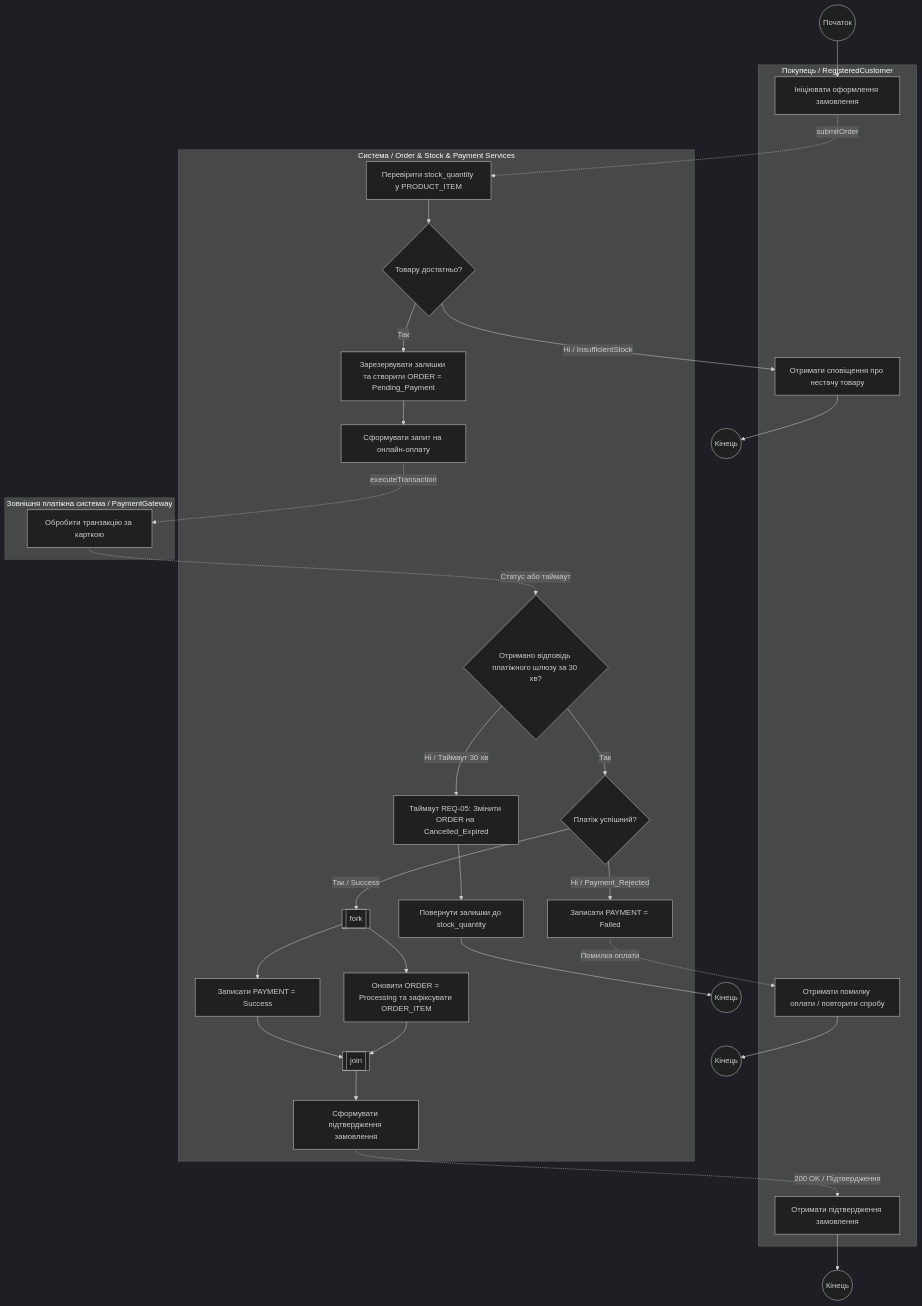
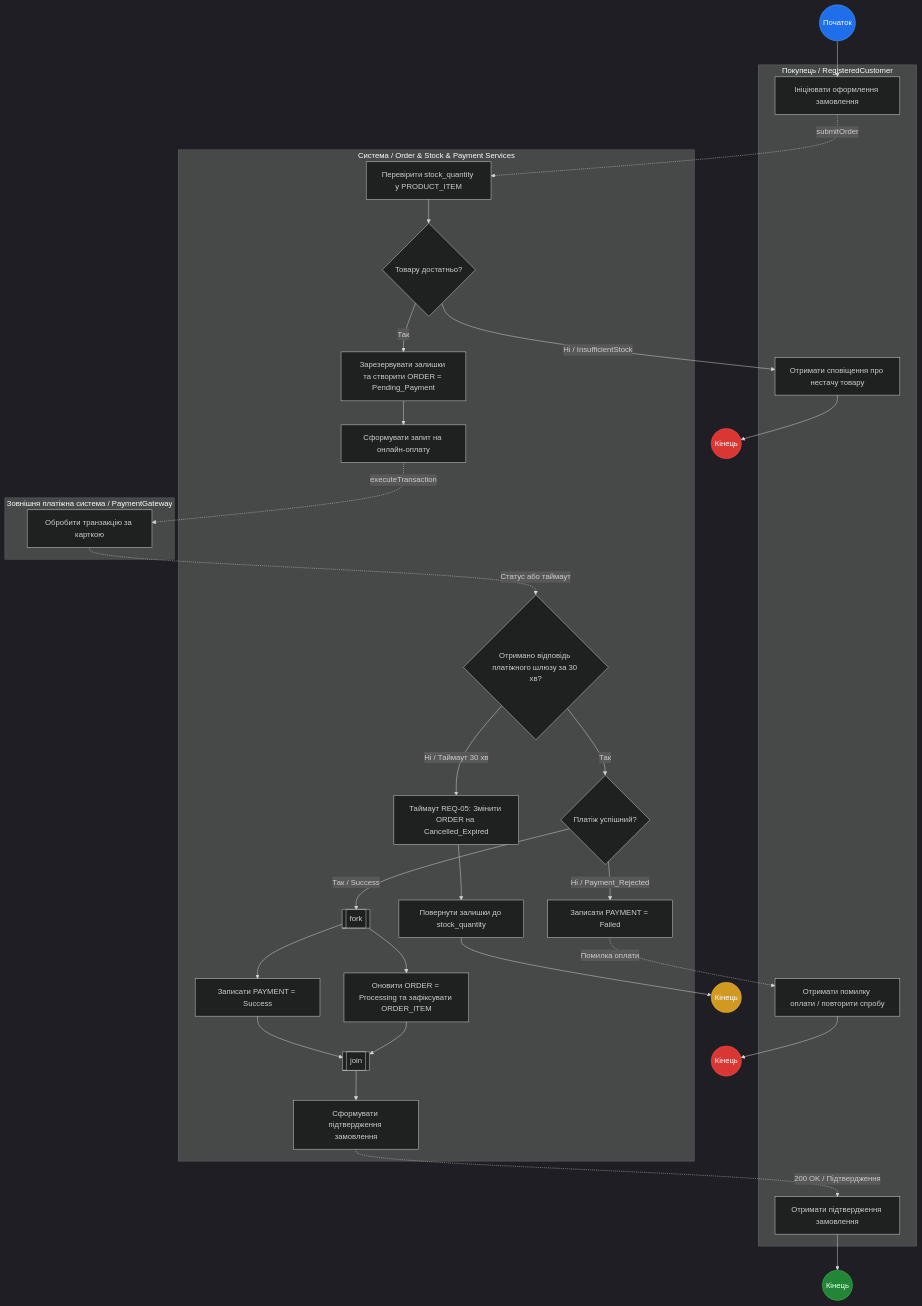
Before and after one commit to martagoricko-lang/requirements-modeling-labs: the diagram in lab4/process.mmd, drawn with Mermaid.

```diff
--- a/lab4/process.mmd
+++ b/lab4/process.mmd
@@ -1,68 +1,75 @@
 %%{init: {'theme': 'dark'}}%%
 flowchart TD
     %% Початковий вузол
     Start((Початок)) --> InitCheckout[Ініціювати оформлення замовлення]
 
     subgraph RegisteredCustomer [Покупець / RegisteredCustomer]
         InitCheckout
         FixCart[Отримати сповіщення про нестачу товару]
         RetryPay[Отримати помилку оплати / повторити спробу]
         GetConfirm[Отримати підтвердження замовлення]
     end
 
     subgraph System [Система / Order & Stock & Payment Services]
         CheckStock[Перевірити stock_quantity у PRODUCT_ITEM]
         IsStockOk{Товару достатньо?}
         ReserveAndCreate[Зарезервувати залишки та створити ORDER = Pending_Payment]
         SendPayReq[Сформувати запит на онлайн-оплату]
         WaitPay{Отримано відповідь платіжного шлюзу за 30 хв?}
         CancelTimeout[Таймаут REQ-05: Змінити ORDER на Cancelled_Expired]
         ReleaseStock[Повернути залишки до stock_quantity]
         IsPaySuccess{Платіж успішний?}
         SaveFailed[Записати PAYMENT = Failed]
         ForkSuccess[[fork]]
         SavePayment[Записати PAYMENT = Success]
         UpdateOrder[Оновити ORDER = Processing та зафіксувати ORDER_ITEM]
         JoinSuccess[[join]]
         NotifyConfirm[Сформувати підтвердження замовлення]
     end
 
     subgraph PaymentGateway [Зовнішня платіжна система / PaymentGateway]
         ProcessGateway[Обробити транзакцію за карткою]
     end
 
     %% Потік виконання та обмін повідомленнями
     InitCheckout -.->|submitOrder| CheckStock
     CheckStock --> IsStockOk
 
     %% Гілка 1: Нестача товару (REQ-02)
     IsStockOk -->|Ні / InsufficientStock| FixCart
     FixCart --> EndFailStock((Кінець))
 
     %% Гілка 2: Резервування та перехід до оплати
     IsStockOk -->|Так| ReserveAndCreate
     ReserveAndCreate --> SendPayReq
     SendPayReq -.->|executeTransaction| ProcessGateway
     ProcessGateway -.->|Статус або таймаут| WaitPay
 
     %% Гілка 3: Таймаут 30 хв (REQ-05)
     WaitPay -->|Ні / Таймаут 30 хв| CancelTimeout
     CancelTimeout --> ReleaseStock
     ReleaseStock --> EndTimeout((Кінець))
 
     %% Гілка 4: Відповідь отримана — перевірка статусу оплати (REQ-04)
     WaitPay -->|Так| IsPaySuccess
     IsPaySuccess -->|Ні / Payment_Rejected| SaveFailed
     SaveFailed -.->|Помилка оплати| RetryPay
     RetryPay --> EndFailPay((Кінець))
 
     %% Гілка 5: Успішна оплата + паралельна гілка (fork / join)
     IsPaySuccess -->|Так / Success| ForkSuccess
     ForkSuccess --> SavePayment
     ForkSuccess --> UpdateOrder
     SavePayment --> JoinSuccess
     UpdateOrder --> JoinSuccess
 
     JoinSuccess --> NotifyConfirm
     NotifyConfirm -.->|200 OK / Підтвердження| GetConfirm
     GetConfirm --> EndSuccess((Кінець))
+
+    %% Стилізація початкового та кінцевих вузлів
+    style Start fill:#1f6feb,stroke:#58a6ff,color:#fff
+    style EndSuccess fill:#238636,stroke:#3fb950,color:#fff
+    style EndFailStock fill:#da3633,stroke:#f85149,color:#fff
+    style EndTimeout fill:#d29922,stroke:#e3b341,color:#fff
+    style EndFailPay fill:#da3633,stroke:#f85149,color:#fff
```
